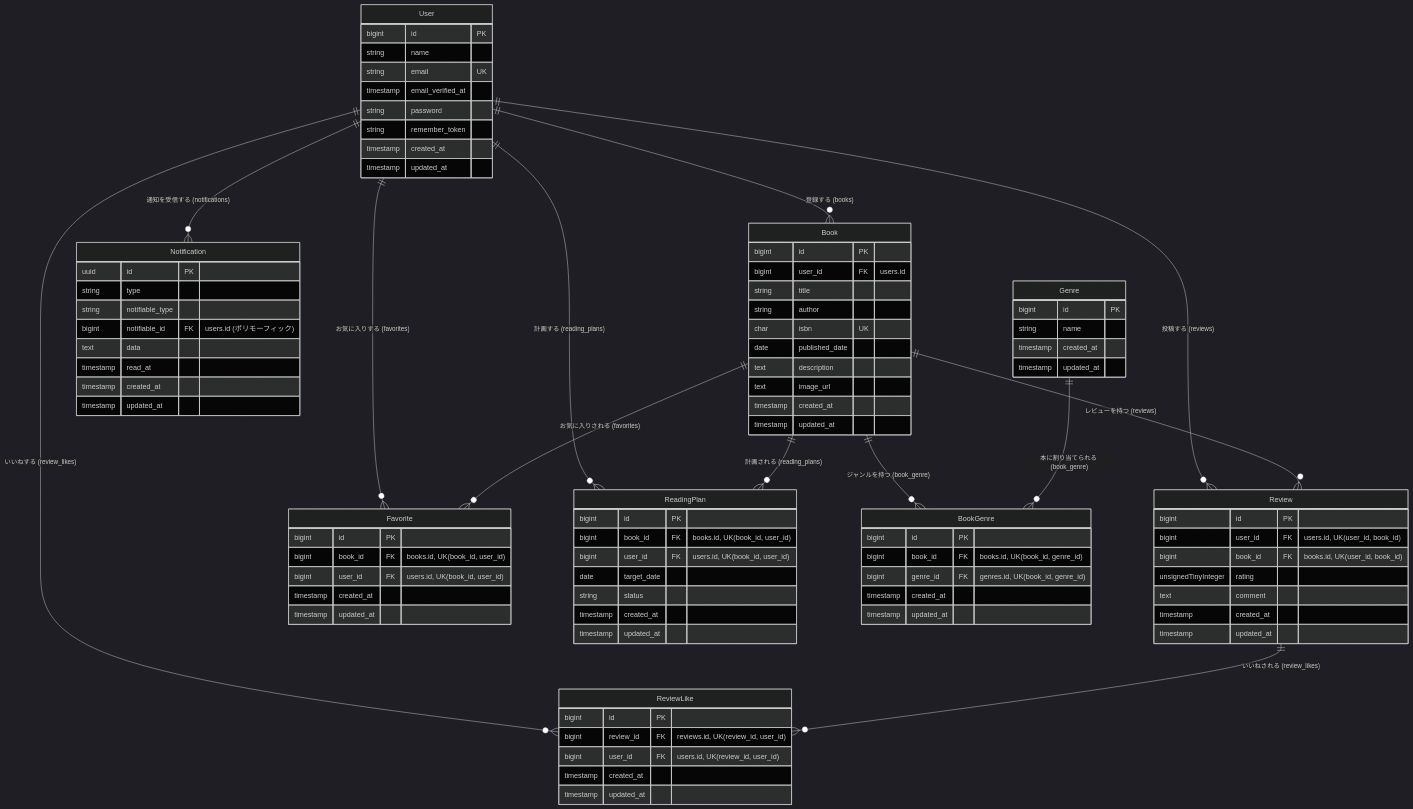
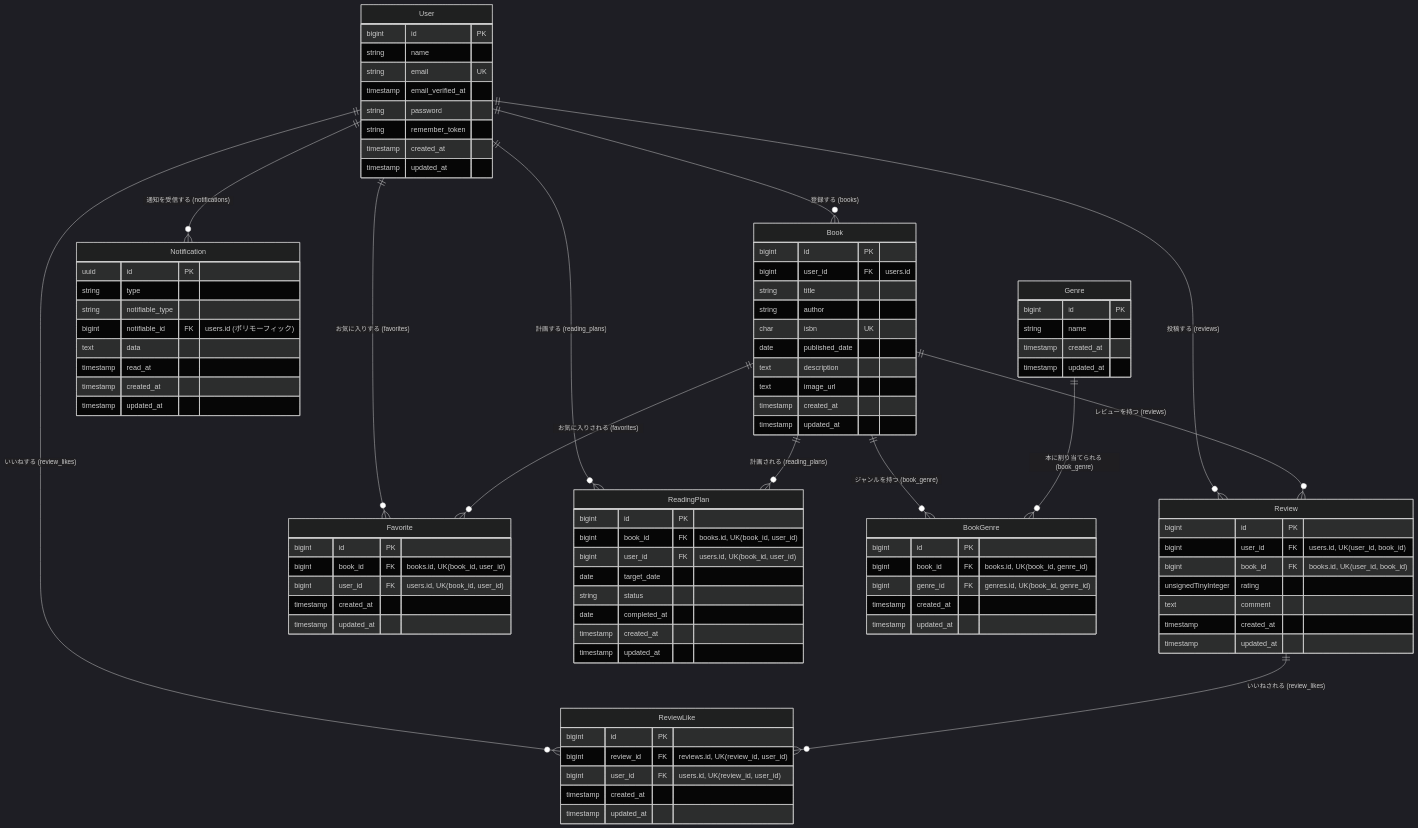
One commit to NobuyoshiShimada/BookShelf-App changed the diagram in README.md. Above: the diagram before and after it, drawn with Mermaid (dark theme). The commit also changed other lines of this file and 1 other file, not shown here.

Commit message:
doc:応用機能_READMEとER図の作成_完了 #51

```diff
--- a/README.md
+++ b/README.md
@@ -413,6 +421,7 @@
         bigint user_id FK "users.id, UK(book_id, user_id)"
         date target_date
         string status
+        date completed_at
         timestamp created_at
         timestamp updated_at
     }
```
